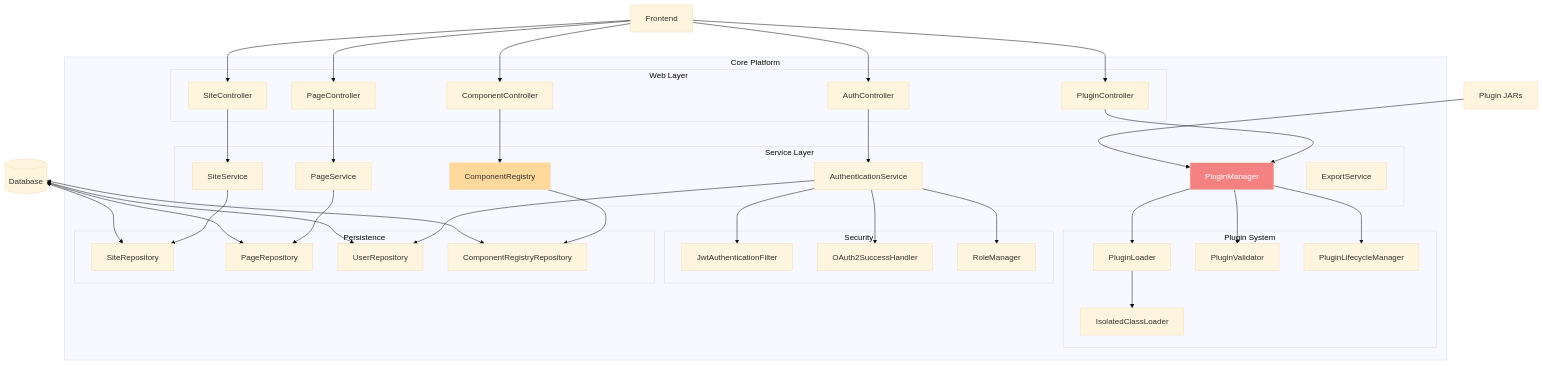
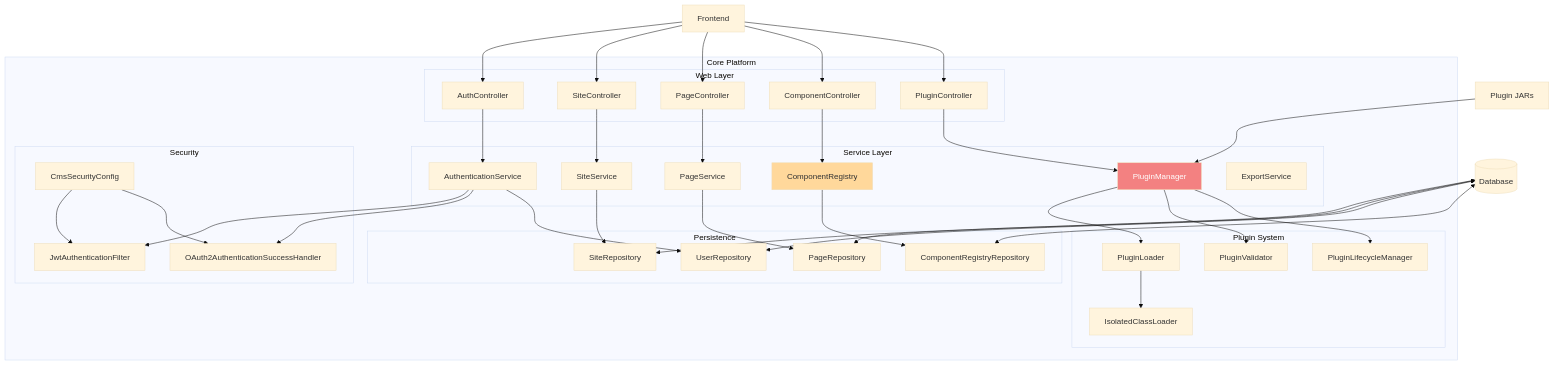
The second of 16 diagrams in docs/architecture/arc42/05-building-block-view.md (Visual-Site-Designer-VSD/visual-site-designer), drawn with Mermaid (base theme) before and after one commit. The commit also changed other lines of this file and 6 other files, not shown here.

````diff
--- a/docs/architecture/arc42/05-building-block-view.md
+++ b/docs/architecture/arc42/05-building-block-view.md
@@ -67,76 +67,77 @@
 ```mermaid
 graph TB
     subgraph "Core Platform"
         subgraph "Web Layer"
             AUTH_CTRL[AuthController]
             SITE_CTRL[SiteController]
             PAGE_CTRL[PageController]
             COMP_CTRL[ComponentController]
             PLUGIN_CTRL[PluginController]
         end
 
         subgraph "Service Layer"
             AUTH_SVC[AuthenticationService]
             SITE_SVC[SiteService]
             PAGE_SVC[PageService]
             COMP_REG[ComponentRegistry]
             PLUGIN_MGR[PluginManager]
             EXPORT_SVC[ExportService]
         end
 
         subgraph "Plugin System"
             LOADER[PluginLoader]
             VALIDATOR[PluginValidator]
             CLASSLOADER[IsolatedClassLoader]
             LIFECYCLE[PluginLifecycleManager]
         end
 
         subgraph "Security"
             JWT_FILTER[JwtAuthenticationFilter]
-            OAUTH2_HANDLER[OAuth2SuccessHandler]
-            ROLE_MGR[RoleManager]
+            OAUTH2_HANDLER[OAuth2AuthenticationSuccessHandler]
+            SEC_CONFIG[CmsSecurityConfig]
         end
 
         subgraph "Persistence"
             SITE_REPO[SiteRepository]
             PAGE_REPO[PageRepository]
             USER_REPO[UserRepository]
             COMP_REG_REPO[ComponentRegistryRepository]
         end
 
         AUTH_CTRL --> AUTH_SVC
         SITE_CTRL --> SITE_SVC
         PAGE_CTRL --> PAGE_SVC
         COMP_CTRL --> COMP_REG
         PLUGIN_CTRL --> PLUGIN_MGR
 
         PLUGIN_MGR --> LOADER
         PLUGIN_MGR --> VALIDATOR
         PLUGIN_MGR --> LIFECYCLE
         LOADER --> CLASSLOADER
 
         AUTH_SVC --> JWT_FILTER
         AUTH_SVC --> OAUTH2_HANDLER
-        AUTH_SVC --> ROLE_MGR
+        SEC_CONFIG --> JWT_FILTER
+        SEC_CONFIG --> OAUTH2_HANDLER
 
         SITE_SVC --> SITE_REPO
         PAGE_SVC --> PAGE_REPO
         AUTH_SVC --> USER_REPO
         COMP_REG --> COMP_REG_REPO
     end
 
     FRONTEND[Frontend] --> AUTH_CTRL
     FRONTEND --> SITE_CTRL
     FRONTEND --> PAGE_CTRL
     FRONTEND --> COMP_CTRL
     FRONTEND --> PLUGIN_CTRL
 
     PLUGINS[Plugin JARs] --> PLUGIN_MGR
     DB[(Database)] <--> SITE_REPO
     DB <--> PAGE_REPO
     DB <--> USER_REPO
     DB <--> COMP_REG_REPO
 
     style PLUGIN_MGR fill:#f38181,color:#fff
     style COMP_REG fill:#ffd89b
 ```
````
